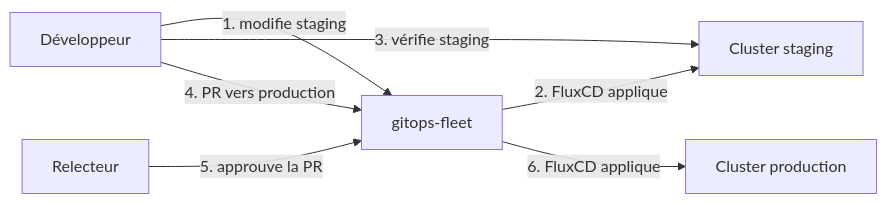
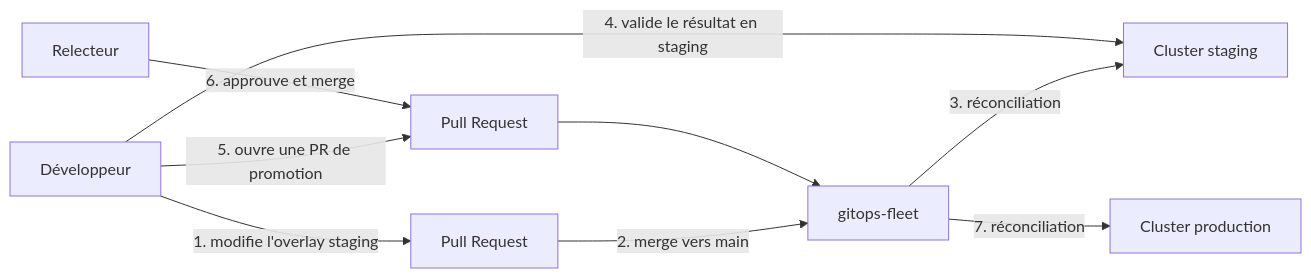
Before and after one commit to gpeyet-learning/guide-fluxcd: the diagram in content/partie-3-multi-env/promotion.md, drawn with Mermaid. The commit also changed other lines of this file and 12 other files, not shown here.

````diff
--- a/content/partie-3-multi-env/promotion.md
+++ b/content/partie-3-multi-env/promotion.md
@@ -14,9 +14,11 @@
 ```mermaid
 graph LR
-    DEV[Développeur] -->|1. modifie staging| GIT[gitops-fleet]
-    GIT -->|2. FluxCD applique| STAGING[Cluster staging]
-    DEV -->|3. vérifie staging| STAGING
-    DEV -->|4. PR vers production| GIT
-    REVIEWER[Relecteur] -->|5. approuve la PR| GIT
-    GIT -->|6. FluxCD applique| PROD[Cluster production]
+    DEV[Développeur] -->|1. modifie l'overlay staging| PR1[Pull Request]
+    PR1 -->|2. merge vers main| GIT[gitops-fleet]
+    GIT -->|3. réconciliation| STAGING[Cluster staging]
+    DEV -->|4. valide le résultat en staging| STAGING
+    DEV -->|5. ouvre une PR de promotion| PR2[Pull Request]
+    REVIEWER[Relecteur] -->|6. approuve et merge| PR2
+    PR2 --> GIT
+    GIT -->|7. réconciliation| PROD[Cluster production]
 ```
````
